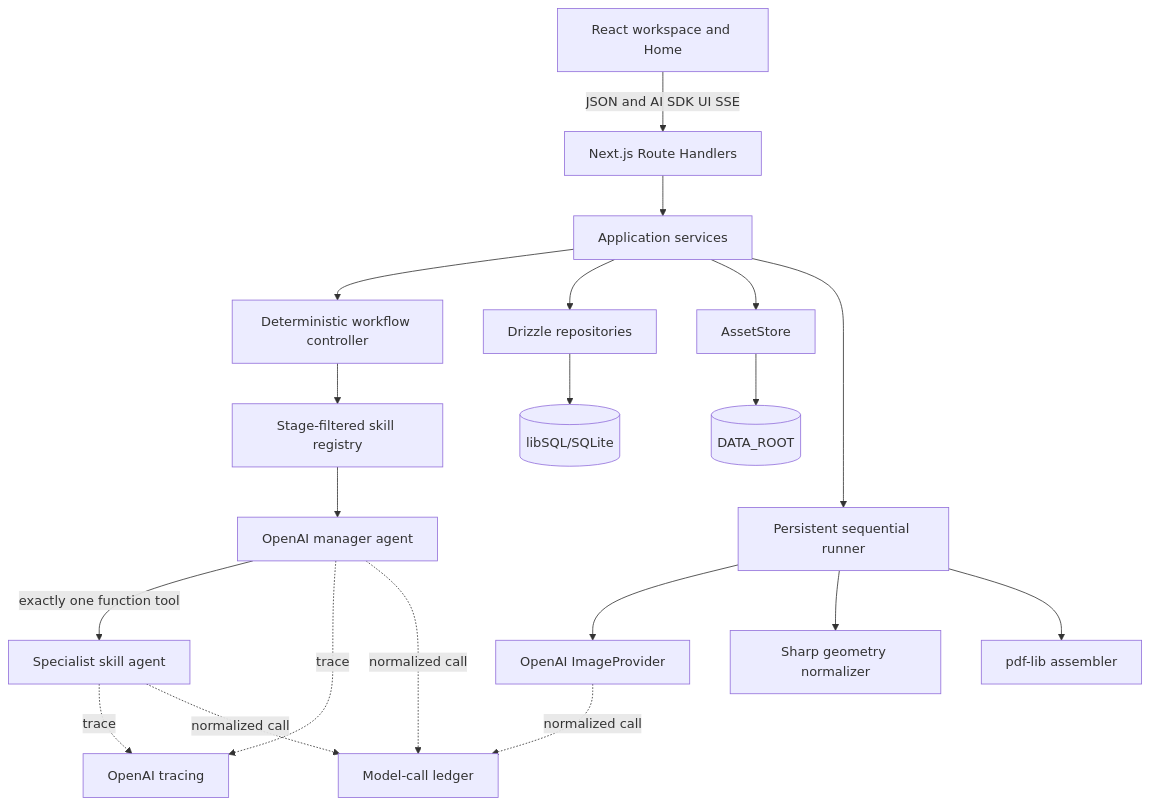
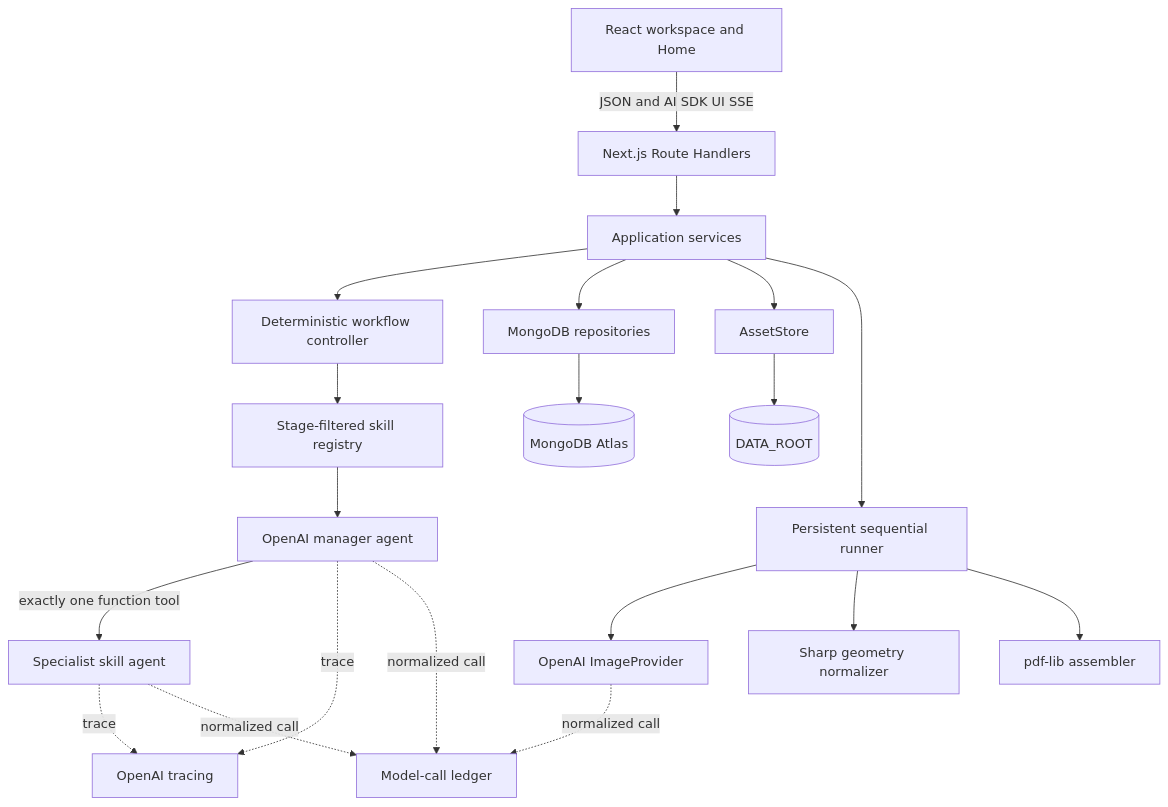
One commit to karpishe-experiments/agentic-poc changed the diagram in docs/accepted/2026-08-01_end-to-end-poc/PLAN.md. Above: the diagram before and after it, drawn with Mermaid. The commit also changed other lines of this file and 27 other files, not shown here.

````diff
--- a/docs/accepted/2026-08-01_end-to-end-poc/PLAN.md
+++ b/docs/accepted/2026-08-01_end-to-end-poc/PLAN.md
@@ -356,22 +352,22 @@
 ```mermaid
 flowchart TB
     Browser[React workspace and Home] -->|JSON and AI SDK UI SSE| Routes[Next.js Route Handlers]
     Routes --> Services[Application services]
     Services --> Workflow[Deterministic workflow controller]
     Workflow --> Registry[Stage-filtered skill registry]
     Registry --> Manager[OpenAI manager agent]
     Manager -->|exactly one function tool| Specialist[Specialist skill agent]
-    Services --> Repos[Drizzle repositories]
+    Services --> Repos[MongoDB repositories]
     Services --> Assets[AssetStore]
     Services --> Runner[Persistent sequential runner]
     Runner --> ImageProvider[OpenAI ImageProvider]
     Runner --> Composer[Sharp geometry normalizer]
     Runner --> Pdf[pdf-lib assembler]
-    Repos --> DB[(libSQL/SQLite)]
+    Repos --> DB[(MongoDB Atlas)]
     Assets --> FS[(DATA_ROOT)]
     Manager -. trace .-> OpenAITrace[OpenAI tracing]
     Specialist -. trace .-> OpenAITrace
     Manager -. normalized call .-> Ledger[Model-call ledger]
     Specialist -. normalized call .-> Ledger
     ImageProvider -. normalized call .-> Ledger
 ```
````
